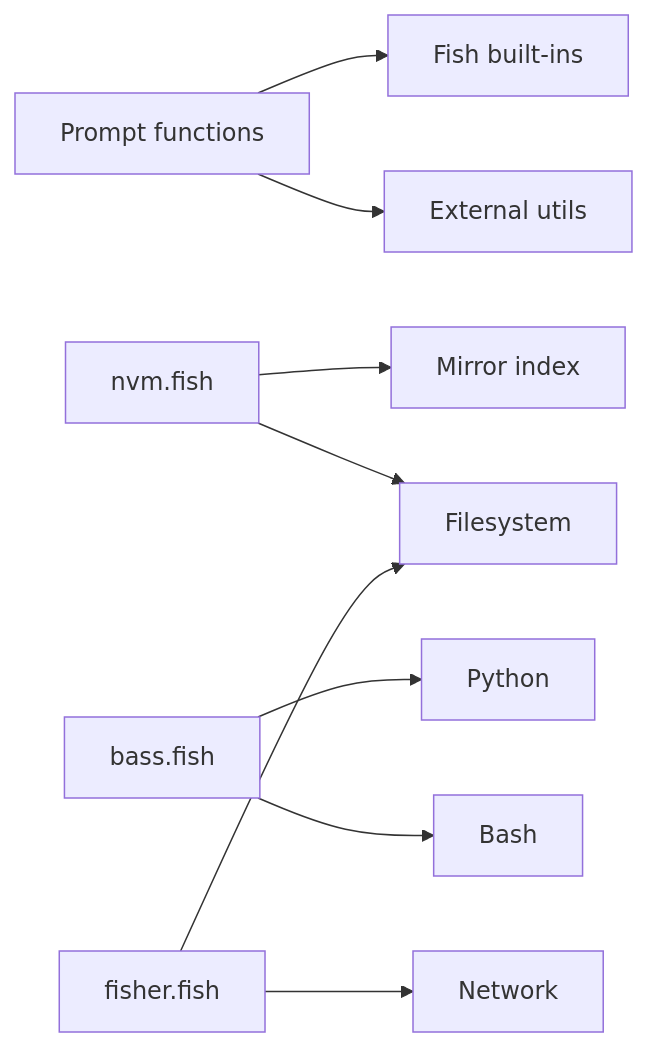
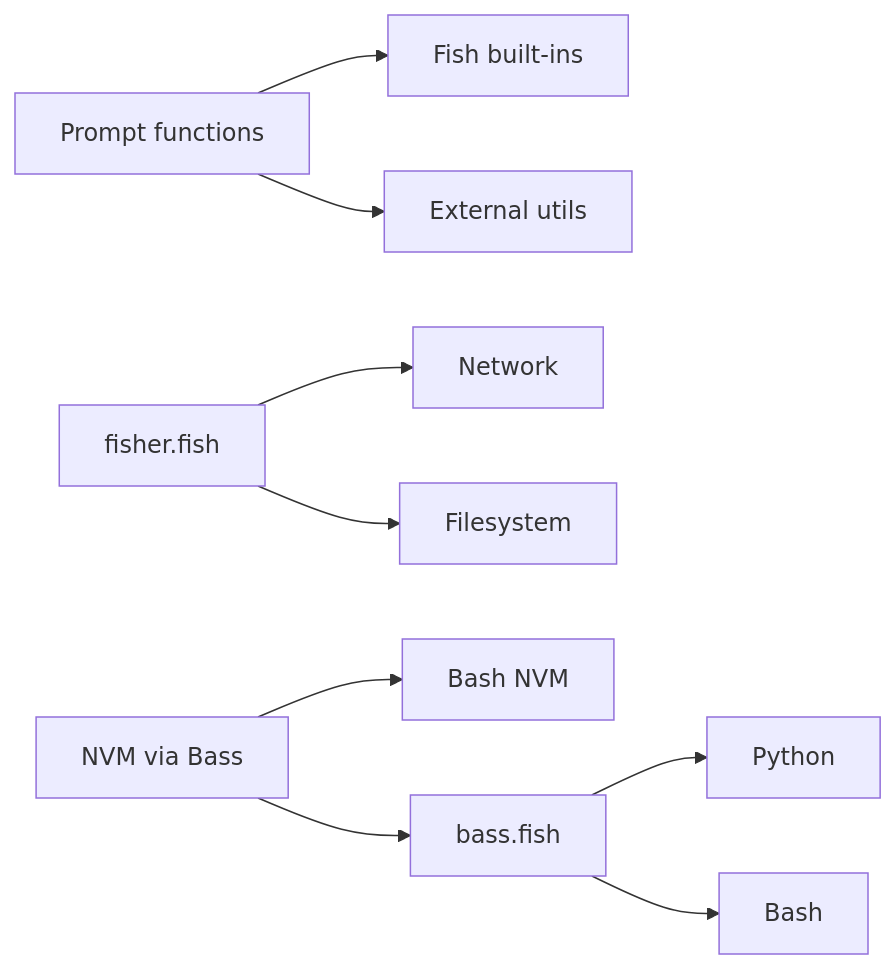
The eighth of 8 diagrams in .qoder/repowiki/en/content/Shell Configurations/Fish Shell Configuration.md (cr8ivecodesmith/dotfiles), drawn with Mermaid before and after one commit. The commit also changed other lines of this file and 5 other files, not shown here.

First line of the commit message:
docs(shell-config): update Bash and Fish shell configurations documentation

````diff
--- a/.qoder/repowiki/en/content/Shell Configurations/Fish Shell Configuration.md
+++ b/.qoder/repowiki/en/content/Shell Configurations/Fish Shell Configuration.md
@@ -371,11 +315,11 @@
 ```mermaid
 graph LR
 Prompt["Prompt functions"] --> FishB["Fish built-ins"]
 Prompt --> Utils["External utils"]
-NVM["nvm.fish"] --> Mirror["Mirror index"]
-NVM --> FS["Filesystem"]
 Bass["bass.fish"] --> Py["Python"]
 Bass --> Bash["Bash"]
 Fisher["fisher.fish"] --> Net["Network"]
-Fisher --> FS
+Fisher --> FS["Filesystem"]
+NVM["NVM via Bass"] --> BashNVM["Bash NVM"]
+NVM --> Bass
 ```
````
